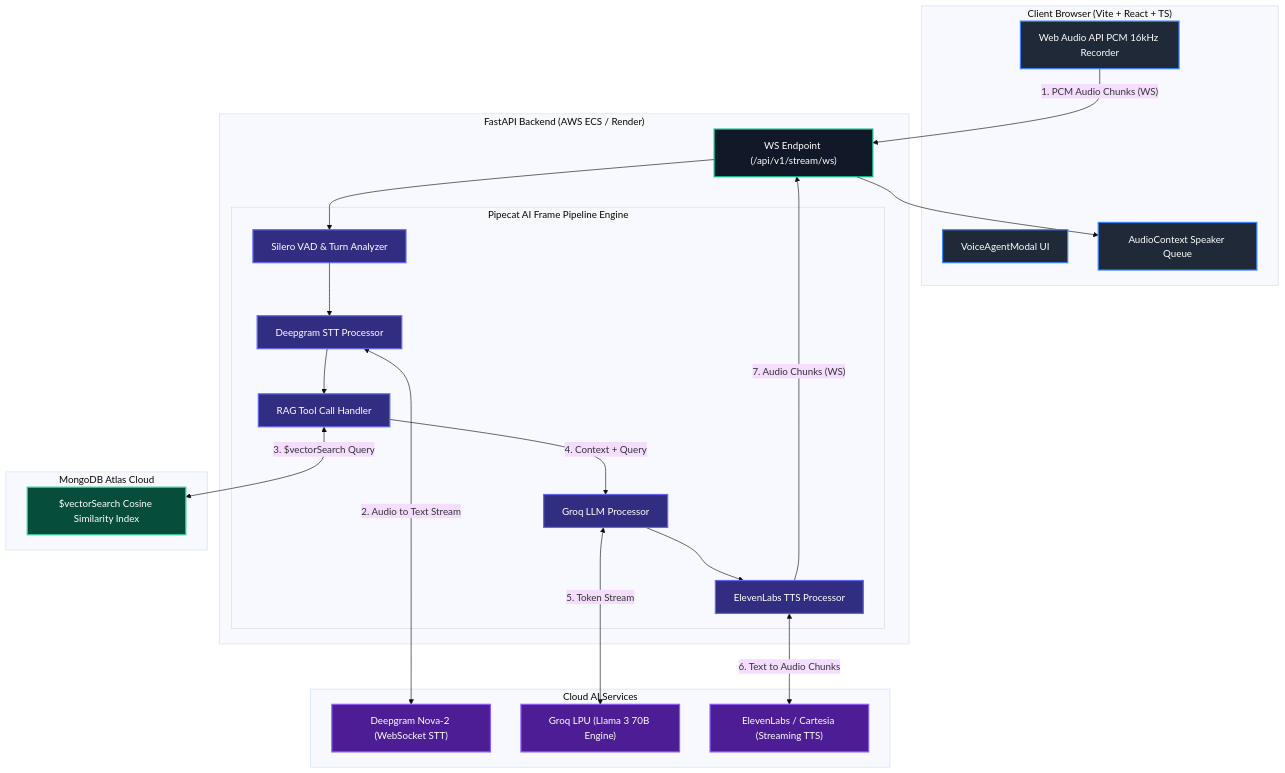
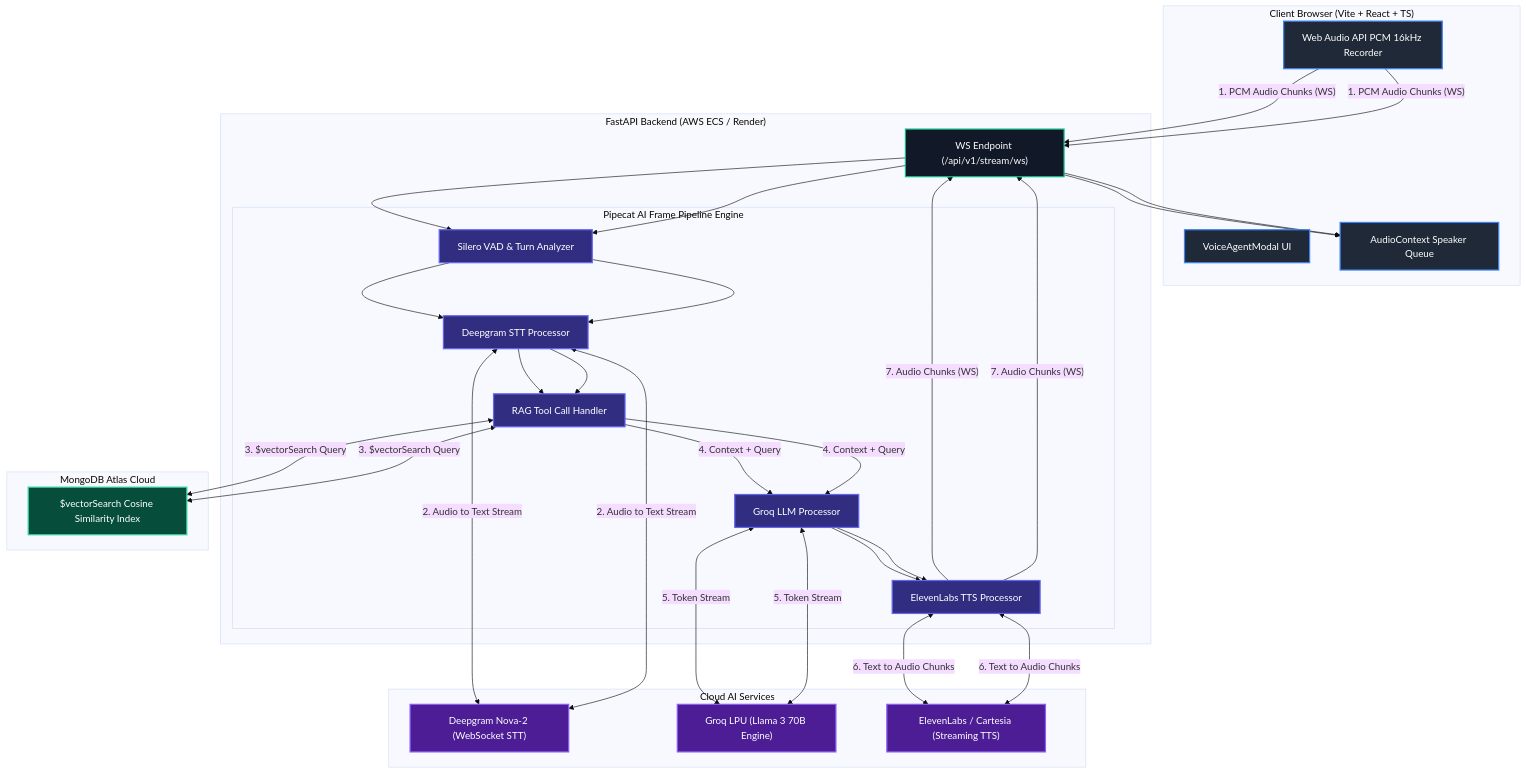
Before and after one commit to Shivanshvyas1729/Real-Time-Voice-AI-Agent-with-RAG: the first of 2 diagrams in docs/INTERVIEW_PREPARATION_GUIDE.md, drawn with Mermaid (base theme). The commit also changed other lines of this file and 6 other files, not shown here.

````diff
--- a/docs/INTERVIEW_PREPARATION_GUIDE.md
+++ b/docs/INTERVIEW_PREPARATION_GUIDE.md
@@ -183,5 +226,53 @@
 ```mermaid
-graph TD
+flowchart TD
+    %% Node Styling Definitions
+    classDef client fill:#1f2937,stroke:#3b82f6,stroke-width:2px,color:#fff;
+    classDef backend fill:#111827,stroke:#10b981,stroke-width:2px,color:#fff;
+    classDef pipecat fill:#312e81,stroke:#6366f1,stroke-width:2px,color:#fff;
+    classDef ai fill:#4c1d95,stroke:#8b5cf6,stroke-width:2px,color:#fff;
+    classDef db fill:#064e3b,stroke:#34d399,stroke-width:2px,color:#fff;
+
+    subgraph Client ["Client Browser (Vite + React + TS)"]
+        UI["VoiceAgentModal UI"]:::client
+        AudioCap["Web Audio API PCM 16kHz Recorder"]:::client
+        AudioPlay["AudioContext Speaker Queue"]:::client
+    end
+
+    subgraph Server ["FastAPI Backend (AWS ECS / Render)"]
+        WS["WS Endpoint (/api/v1/stream/ws)"]:::backend
+        
+        subgraph Pipeline ["Pipecat AI Frame Pipeline Engine"]
+            VAD["Silero VAD & Turn Analyzer"]:::pipecat
+            STTProc["Deepgram STT Processor"]:::pipecat
+            RAGProc["RAG Tool Call Handler"]:::pipecat
+            LLMProc["Groq LLM Processor"]:::pipecat
+            TTSProc["ElevenLabs TTS Processor"]:::pipecat
+        end
+    end
+
+    subgraph AIServices ["Cloud AI Services"]
+        Deepgram["Deepgram Nova-2 (WebSocket STT)"]:::ai
+        Groq["Groq LPU (Llama 3 70B Engine)"]:::ai
+        ElevenLabs["ElevenLabs / Cartesia (Streaming TTS)"]:::ai
+    end
+
+    subgraph Database ["MongoDB Atlas Cloud"]
+        Mongo["$vectorSearch Cosine Similarity Index"]:::db
+    end
+
+    %% Data Flow Connections
+    AudioCap -->|"1. PCM Audio Chunks (WS)"| WS
+    WS --> VAD
+    VAD --> STTProc
+    STTProc <-->|"2. Audio to Text Stream"| Deepgram
+    STTProc --> RAGProc
+    RAGProc <-->|"3. $vectorSearch Query"| Mongo
+    RAGProc -->|"4. Context + Query"| LLMProc
+    LLMProc <-->|"5. Token Stream"| Groq
+    LLMProc --> TTSProc
+    TTSProc <-->|"6. Text to Audio Chunks"| ElevenLabs
+    TTSProc -->|"7. Audio Chunks (WS)"| WS
+    WS --> AudioPlay
     %% Node Styling Definitions
     classDef client fill:#1f2937,stroke:#3b82f6,stroke-width:2px,color:#fff;
     classDef backend fill:#111827,stroke:#10b981,stroke-width:2px,color:#fff;
````
